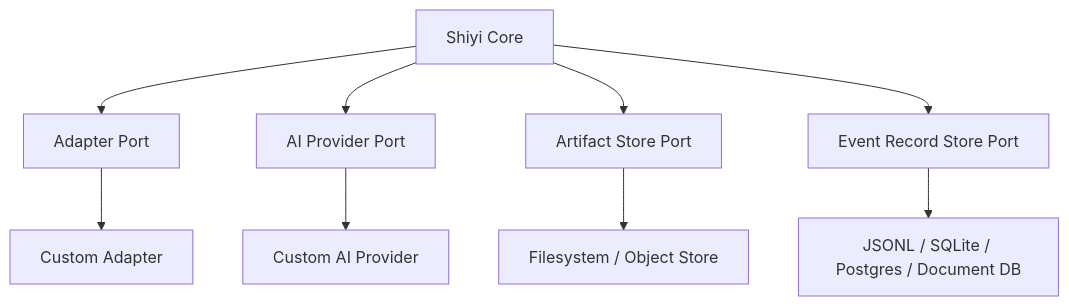
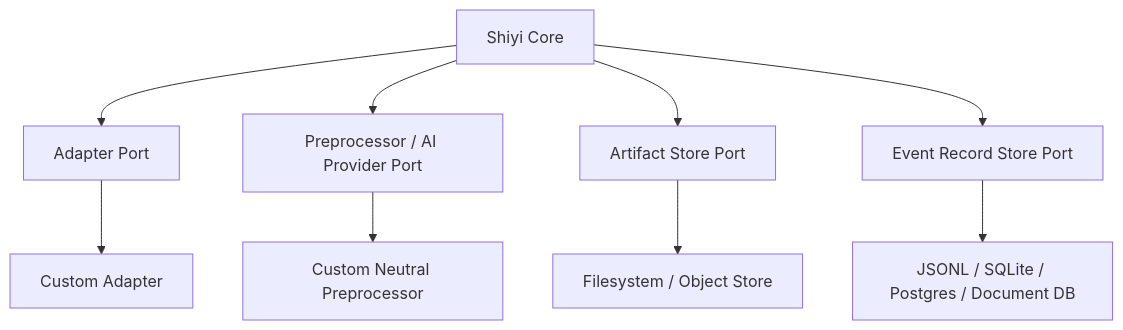
The diagram in docs/architecture.md (LoveOrange/shiyi), drawn with Mermaid before and after one commit. The commit also changed other lines of this file and 10 other files, not shown here.

````diff
--- a/docs/architecture.md
+++ b/docs/architecture.md
@@ -67,12 +67,12 @@
 ```mermaid
 flowchart TB
   Core[Shiyi Core]
   Core --> AdapterPort[Adapter Port]
-  Core --> AIProviderPort[AI Provider Port]
+  Core --> AIProviderPort[Preprocessor / AI Provider Port]
   Core --> ArtifactStorePort[Artifact Store Port]
   Core --> EventRecordStorePort[Event Record Store Port]
   AdapterPort --> CustomAdapter[Custom Adapter]
-  AIProviderPort --> CustomAI[Custom AI Provider]
+  AIProviderPort --> CustomAI[Custom Neutral Preprocessor]
   ArtifactStorePort --> FileSystem[Filesystem / Object Store]
   EventRecordStorePort --> EventRecordBackend[JSONL / SQLite / Postgres / Document DB]
 ```
````
